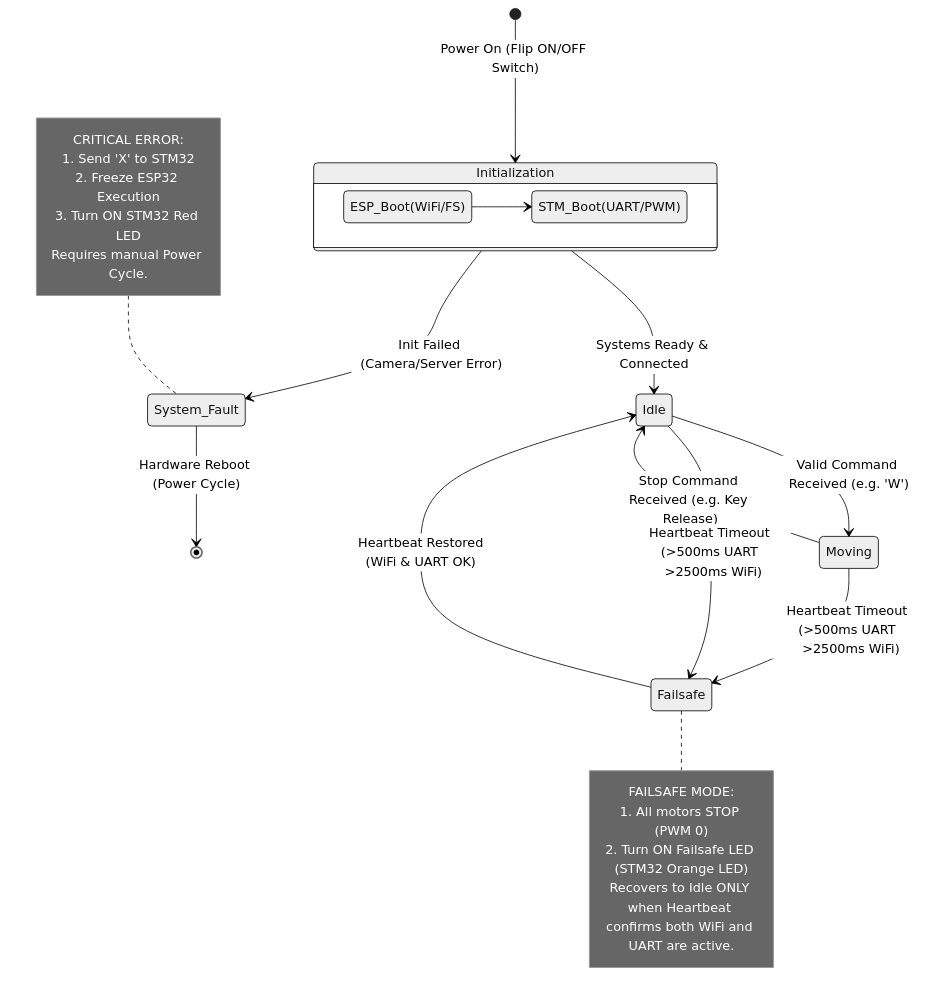
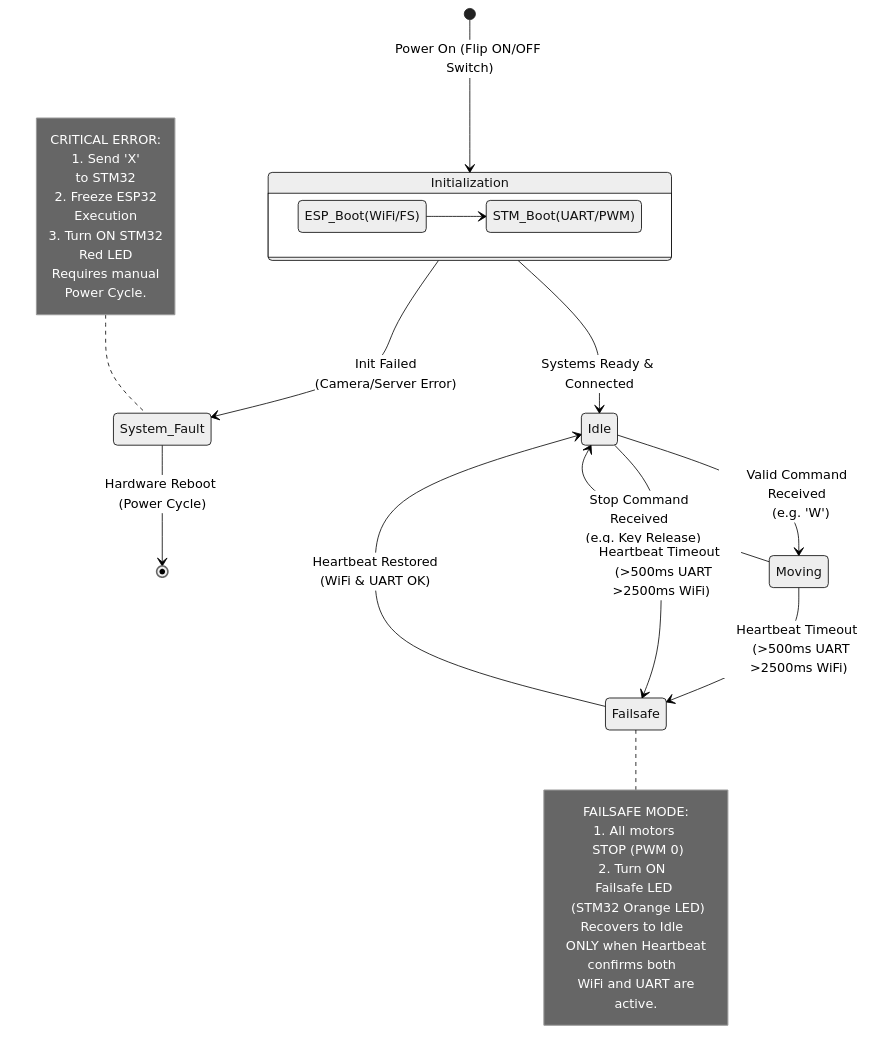
Before and after one commit to paulantofe/D.A.R.T.: the third of 3 diagrams in README.md, drawn with Mermaid (neutral theme).

Commit message:
docs: enhance formatting with line breaks in README
Updated README to include HTML line breaks for better formatting.

````diff
--- a/README.md
+++ b/README.md
@@ -140,37 +140,37 @@
 ```mermaid
 stateDiagram-v2
     [*] --> Initialization : Power On (Flip ON/OFF Switch)
     
     state Initialization {
         direction LR
         ESP_Boot(WiFi/FS) --> STM_Boot(UART/PWM)
     }
 
     Initialization --> Idle : Systems Ready & Connected
-    Initialization --> System_Fault : Init Failed (Camera/Server Error)
+    Initialization --> System_Fault : Init Failed <br> (Camera/Server Error)
 
-    Idle --> Moving : Valid Command Received (e.g. 'W')
-    Moving --> Idle : Stop Command Received (e.g. Key Release)
+    Idle --> Moving : Valid Command Received <br> (e.g. 'W')
+    Moving --> Idle : Stop Command Received <br> (e.g. Key Release)
 
-    Moving --> Failsafe : Heartbeat Timeout (>500ms UART <br> >2500ms WiFi)
-    Idle --> Failsafe : Heartbeat Timeout (>500ms UART <br> >2500ms WiFi)
+    Moving --> Failsafe : Heartbeat Timeout <br>  (>500ms UART >2500ms WiFi)
+    Idle --> Failsafe : Heartbeat Timeout <br>  (>500ms UART >2500ms WiFi)
 
     Failsafe --> Idle : Heartbeat Restored <br> (WiFi & UART OK)
     System_Fault --> [*] : Hardware Reboot (Power Cycle)
 
     note left of System_Fault
         CRITICAL ERROR:
-        1. Send 'X' to STM32
-        2. Freeze ESP32 Execution
-        3. Turn ON STM32 Red LED
-        Requires manual Power Cycle.
+        1. Send 'X'  <br> to STM32
+        2. Freeze ESP32  <br> Execution
+        3. Turn ON STM32 <br>  Red LED
+        Requires manual  <br> Power Cycle.
     end note
 
     note right of Failsafe
         FAILSAFE MODE:
-        1. All motors STOP (PWM 0)
-        2. Turn ON Failsafe LED (STM32 Orange LED)
-        Recovers to Idle ONLY when Heartbeat 
-        confirms both WiFi and UART are active.
+        1. All motors <br> STOP (PWM 0)
+        2. Turn ON  <br> Failsafe LED  <br> (STM32 Orange LED)
+        Recovers to Idle  <br> ONLY when Heartbeat 
+        confirms both  <br> WiFi and UART are active.
     end note
 ```
````
